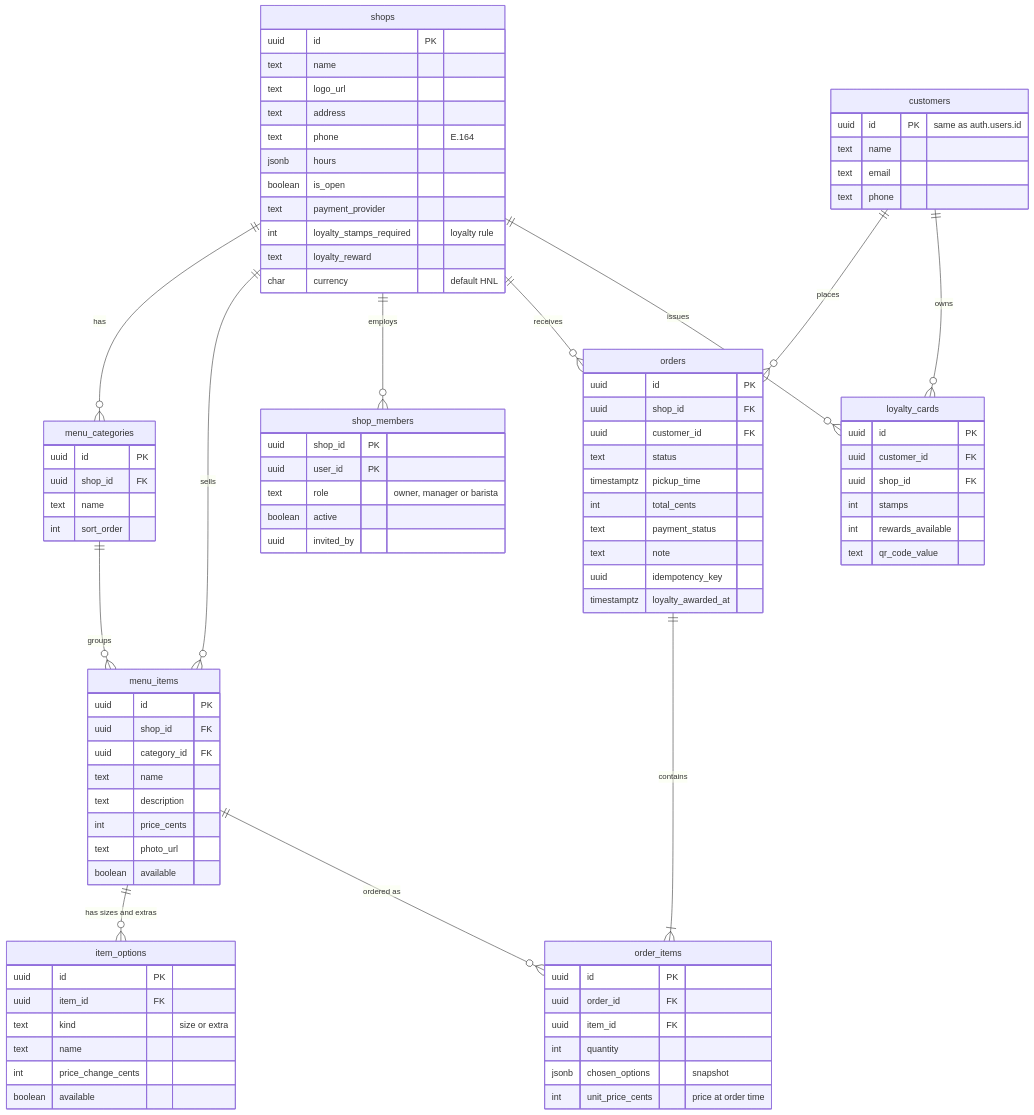
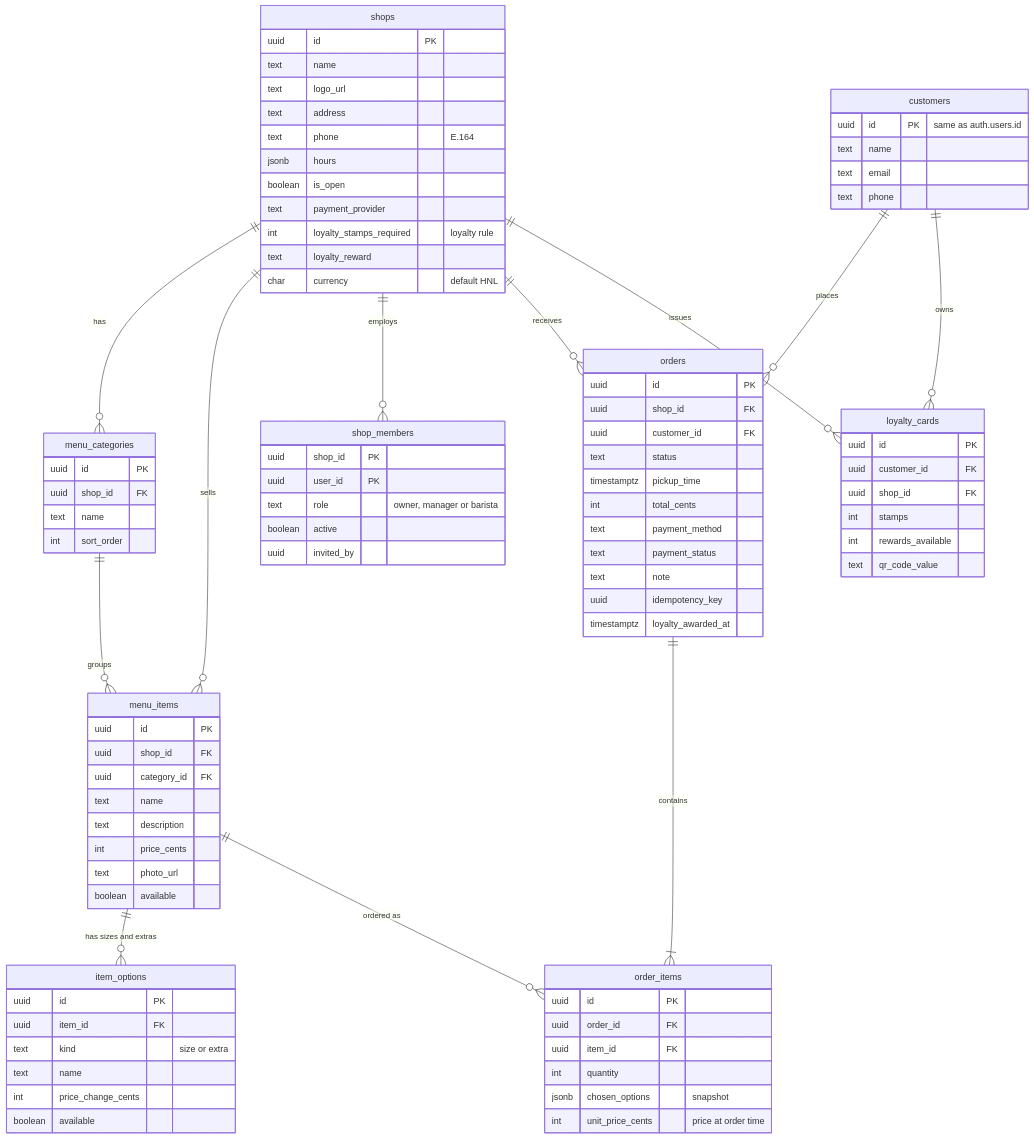
Before and after one commit to DiegoAlfaro1/MiBarra: the first of 3 diagrams in docs/data-model.md, drawn with Mermaid. The commit also changed other lines of this file and 7 other files, not shown here.

Commit message:
feat(ordering): store the payment method chosen at checkout

```diff
--- a/docs/data-model.md
+++ b/docs/data-model.md
@@ -83,6 +83,7 @@
         text status
         timestamptz pickup_time
         int total_cents
+        text payment_method
         text payment_status
         text note
         uuid idempotency_key
```
